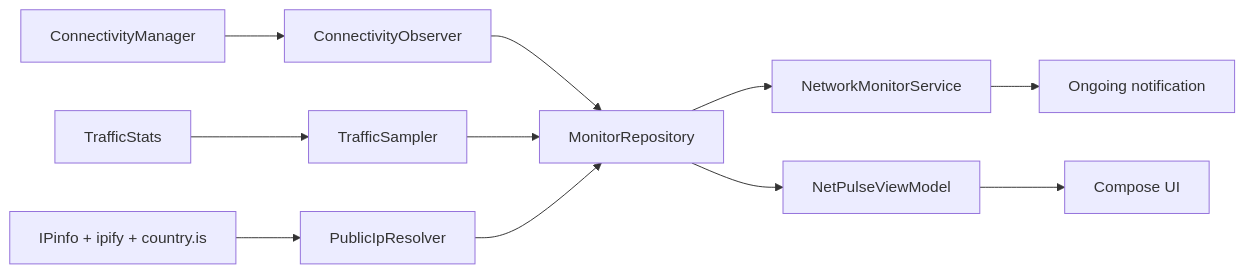
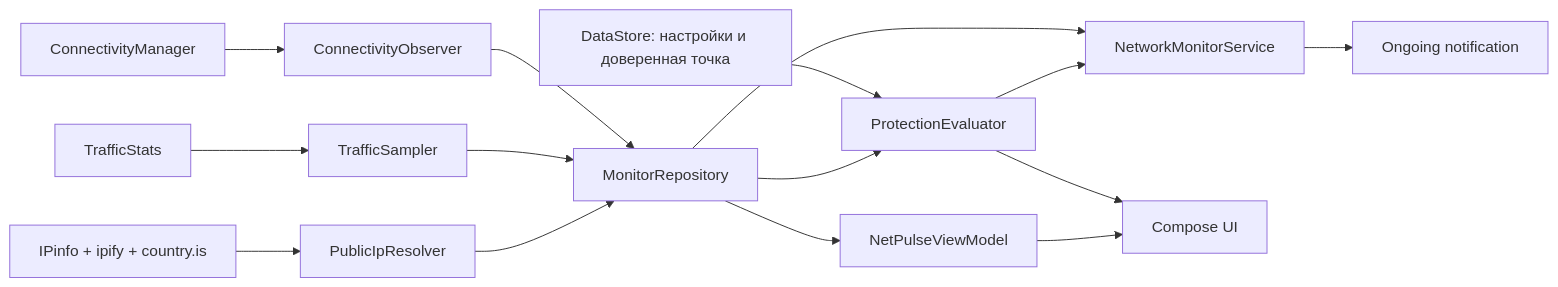
The diagram in docs/ARCHITECTURE.md (yavasilek/netpulse), drawn with Mermaid before and after one commit. The commit also changed other lines of this file and 16 other files, not shown here.

````diff
--- a/docs/ARCHITECTURE.md
+++ b/docs/ARCHITECTURE.md
@@ -9,13 +9,17 @@
 ```mermaid
 flowchart LR
     CM["ConnectivityManager"] --> CO["ConnectivityObserver"]
     TS["TrafficStats"] --> SM["TrafficSampler"]
     IP["IPinfo + ipify + country.is"] --> PR["PublicIpResolver"]
     CO --> MR["MonitorRepository"]
     SM --> MR
     PR --> MR
+    DS["DataStore: настройки и доверенная точка"] --> PE["ProtectionEvaluator"]
+    MR --> PE
     MR --> FGS["NetworkMonitorService"]
     MR --> VM["NetPulseViewModel"]
+    PE --> FGS
+    PE --> UI
     FGS --> N["Ongoing notification"]
     VM --> UI["Compose UI"]
 ```
````
